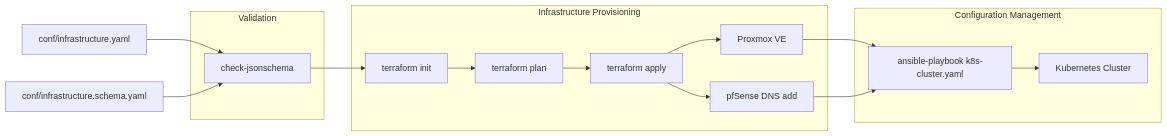
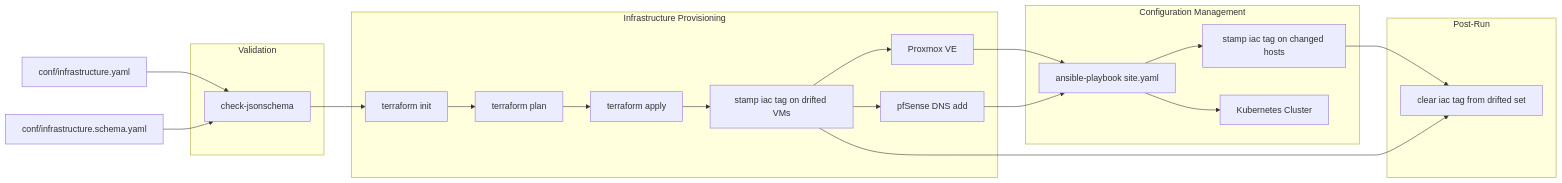
One commit to warelock2/infraops changed the second of 4 diagrams in docs/ARCHITECTURE.md. Above: the diagram before and after it, drawn with Mermaid. The commit also changed other lines of this file and 1 other file, not shown here.

First line of the commit message:
docs: document the iac state-drift tag lifecycle in ARCHITECTURE.md

````diff
--- a/docs/ARCHITECTURE.md
+++ b/docs/ARCHITECTURE.md
@@ -108,33 +108,43 @@
 ```mermaid
 graph LR
     YAML["conf/infrastructure.yaml"]
     SCHEMA["conf/infrastructure.schema.yaml"]
 
     subgraph "Validation"
         CHECK["check-jsonschema"]
     end
 
     subgraph "Infrastructure Provisioning"
         TF_INIT["terraform init"]
         TF_PLAN["terraform plan"]
         TF_APPLY["terraform apply"]
+        TF_STAMP["stamp iac tag on drifted VMs"]
         PVE["Proxmox VE"]
         DNS_ADD["pfSense DNS add"]
     end
 
     subgraph "Configuration Management"
-        ANSIBLE["ansible-playbook k8s-cluster.yaml"]
+        ANSIBLE["ansible-playbook site.yaml"]
+        ANSIBLE_STAMP["stamp iac tag on changed hosts"]
         K8S["Kubernetes Cluster"]
+    end
+
+    subgraph "Post-Run"
+        CLEAR["clear iac tag from drifted set"]
     end
 
     YAML --> CHECK
     SCHEMA --> CHECK
     CHECK --> TF_INIT
     TF_INIT --> TF_PLAN
     TF_PLAN --> TF_APPLY
-    TF_APPLY --> PVE
-    TF_APPLY --> DNS_ADD
+    TF_APPLY --> TF_STAMP
+    TF_STAMP --> PVE
+    TF_STAMP --> DNS_ADD
     PVE --> ANSIBLE
     DNS_ADD --> ANSIBLE
+    ANSIBLE --> ANSIBLE_STAMP
     ANSIBLE --> K8S
+    ANSIBLE_STAMP --> CLEAR
+    TF_STAMP --> CLEAR
 ```
````
